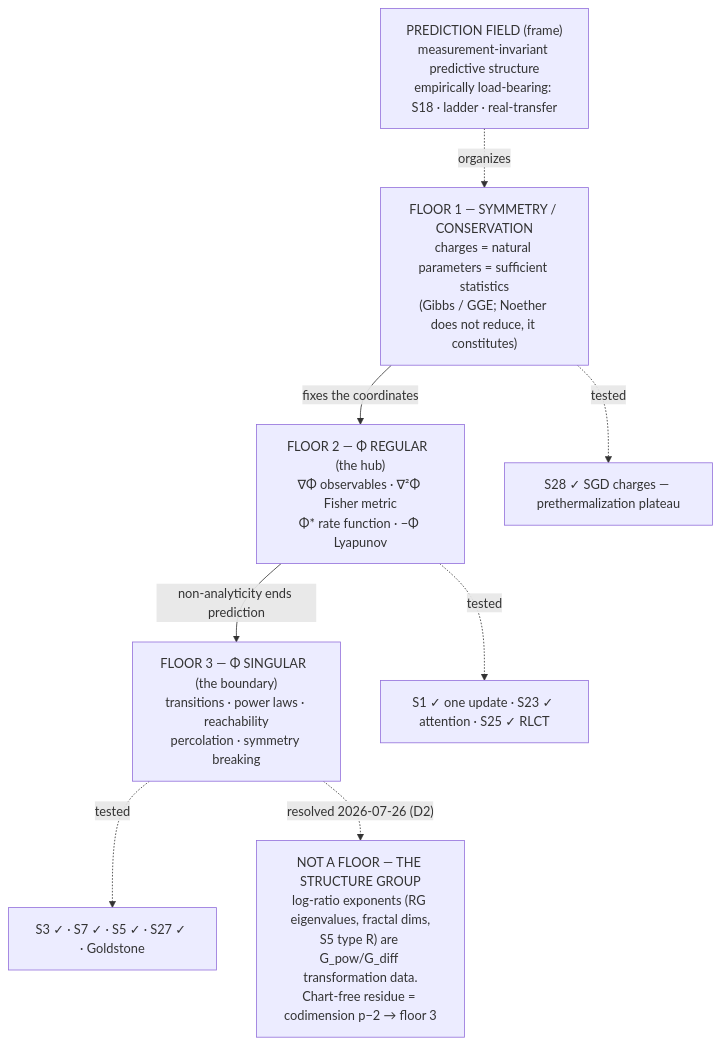
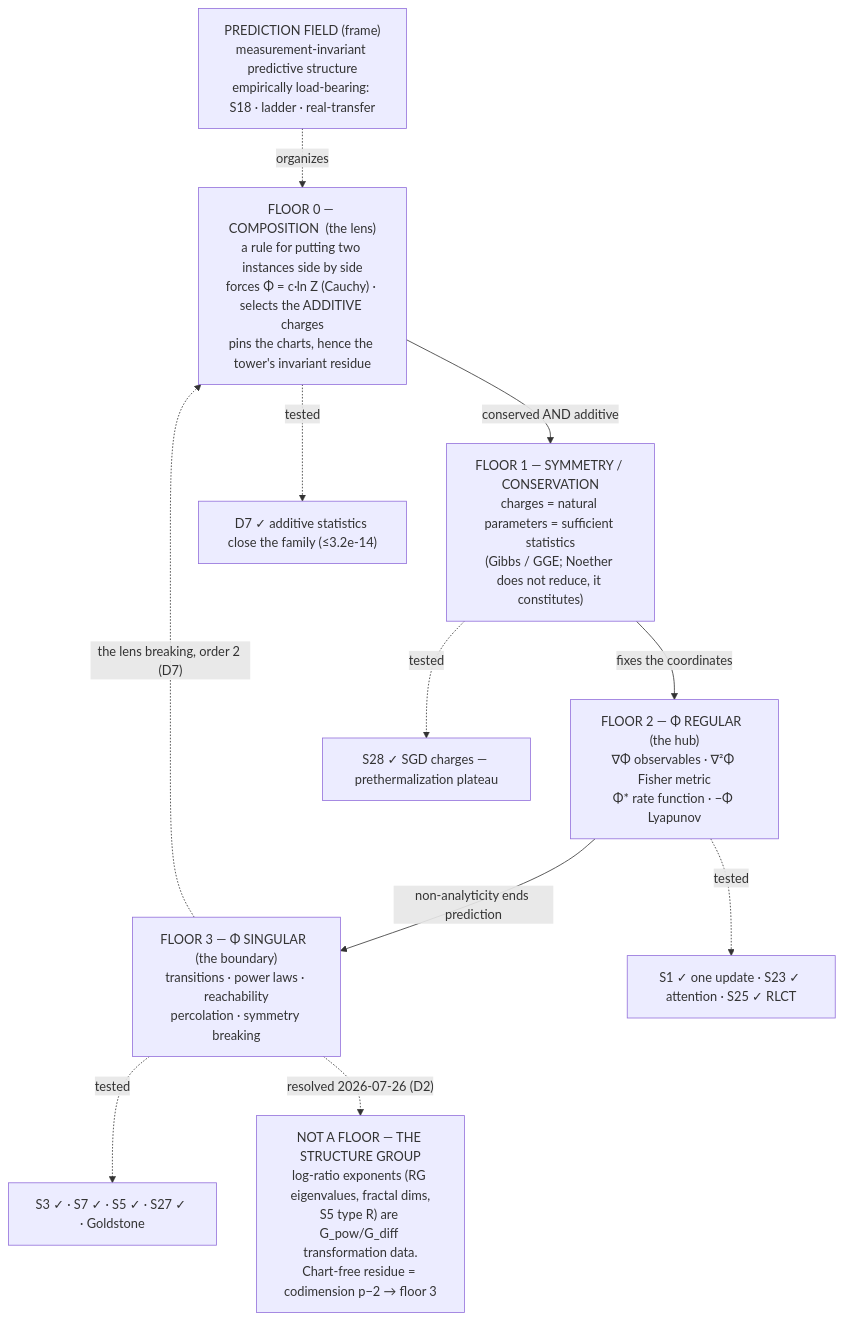
One commit to andrewmureddu/AI changed the diagram in SYNTHESIS.md. Above: the diagram before and after it, drawn with Mermaid. The commit also changed other lines of this file and 1 other file, not shown here.

First line of the commit message:
SYNTHESIS + register: the tower gains a floor at the bottom

````diff
--- a/SYNTHESIS.md
+++ b/SYNTHESIS.md
@@ -125,19 +177,24 @@
 ```mermaid
 graph TB
     FRAME["PREDICTION FIELD (frame)<br/>measurement-invariant predictive structure<br/>empirically load-bearing: S18 · ladder · real-transfer"]
 
+    COMP["FLOOR 0 — COMPOSITION&nbsp; (the lens)<br/>a rule for putting two instances side by side<br/>forces Φ = c·ln Z (Cauchy) · selects the ADDITIVE charges<br/>pins the charts, hence the tower's invariant residue"]
     SYM["FLOOR 1 — SYMMETRY / CONSERVATION<br/>charges = natural parameters = sufficient statistics<br/>(Gibbs / GGE; Noether does not reduce, it constitutes)"]
     REG["FLOOR 2 — Φ REGULAR&nbsp; (the hub)<br/>∇Φ observables · ∇²Φ Fisher metric<br/>Φ* rate function · −Φ Lyapunov"]
     SING["FLOOR 3 — Φ SINGULAR&nbsp; (the boundary)<br/>transitions · power laws · reachability<br/>percolation · symmetry breaking"]
 
-    FRAME -. organizes .-> SYM
+    FRAME -. organizes .-> COMP
+    COMP -->|"conserved AND additive"| SYM
     SYM -->|"fixes the coordinates"| REG
     REG -->|"non-analyticity ends prediction"| SING
 
+    COMP -. tested .-> T0["D7 ✓ additive statistics close the family (≤3.2e-14)"]
     SYM -. tested .-> T1["S28 ✓ SGD charges — prethermalization plateau"]
     REG -. tested .-> T2["S1 ✓ one update · S23 ✓ attention · S25 ✓ RLCT"]
     SING -. tested .-> T3["S3 ✓ · S7 ✓ · S5 ✓ · S27 ✓ · Goldstone"]
 
+    SING -. "the lens breaking, order 2 (D7)" .-> COMP
+
     OUT["NOT A FLOOR — THE STRUCTURE GROUP<br/>log-ratio exponents (RG eigenvalues, fractal dims,<br/>S5 type R) are G_pow/G_diff transformation data.<br/>Chart-free residue = codimension p−2 → floor 3"]
     SING -. "resolved 2026-07-26 (D2)" .-> OUT
 ```
````
